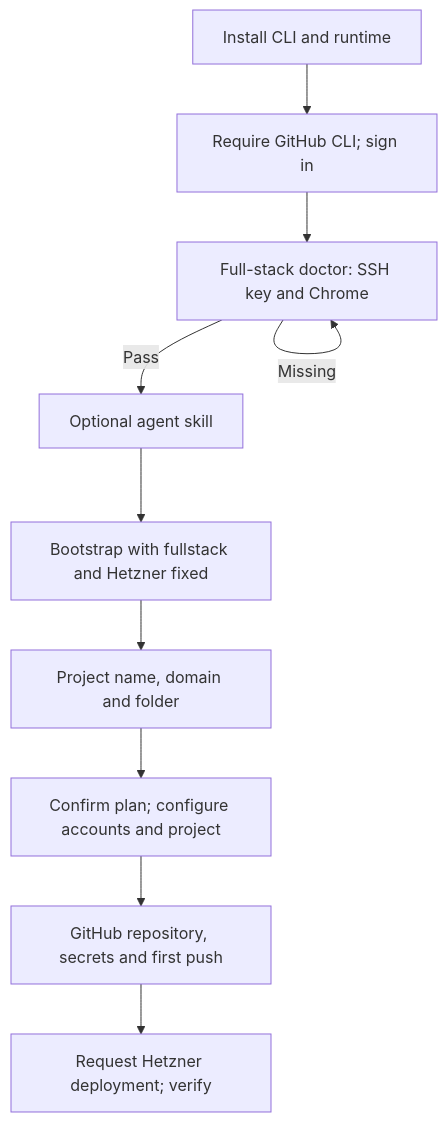
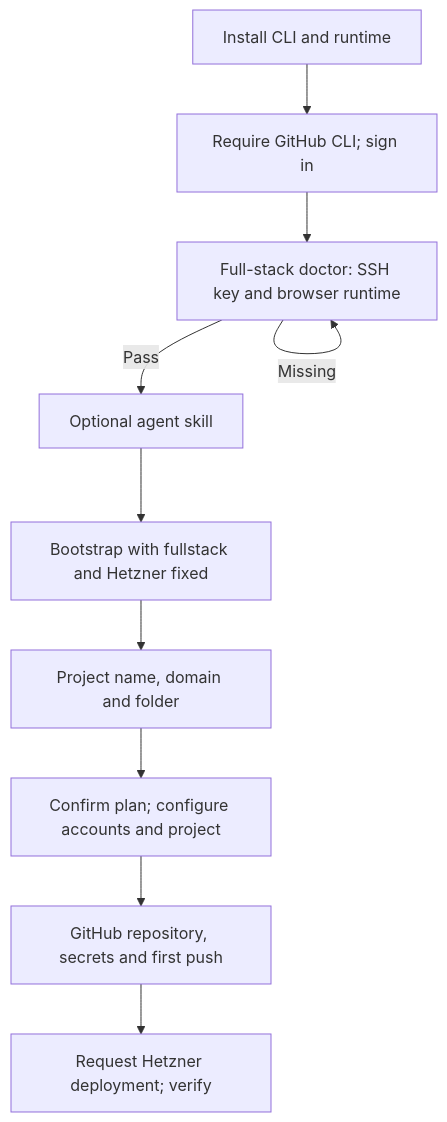
One commit to Deploy-your-Startup/cli changed the first of 2 diagrams in docs/onboarding-flow.md. Above: the diagram before and after it, drawn with Mermaid. The commit also changed other lines of this file and 17 other files, not shown here.

````diff
--- a/docs/onboarding-flow.md
+++ b/docs/onboarding-flow.md
@@ -10,12 +10,12 @@
 ```mermaid
 flowchart TD
     A[Install CLI and runtime] --> B[Require GitHub CLI; sign in]
-    B --> C[Full-stack doctor: SSH key and Chrome]
+    B --> C[Full-stack doctor: SSH key and browser runtime]
     C -->|Missing| C
     C -->|Pass| D[Optional agent skill]
     D --> E[Bootstrap with fullstack and Hetzner fixed]
     E --> F[Project name, domain and folder]
     F --> G[Confirm plan; configure accounts and project]
     G --> H[GitHub repository, secrets and first push]
     H --> I[Request Hetzner deployment; verify]
 ```
````
